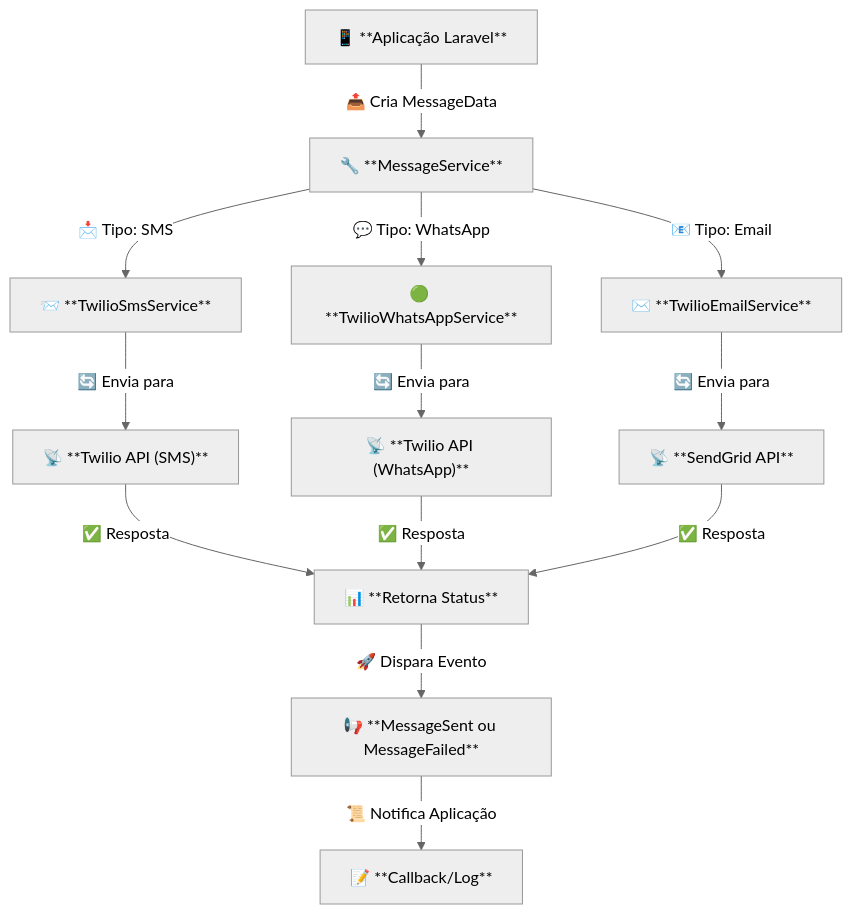
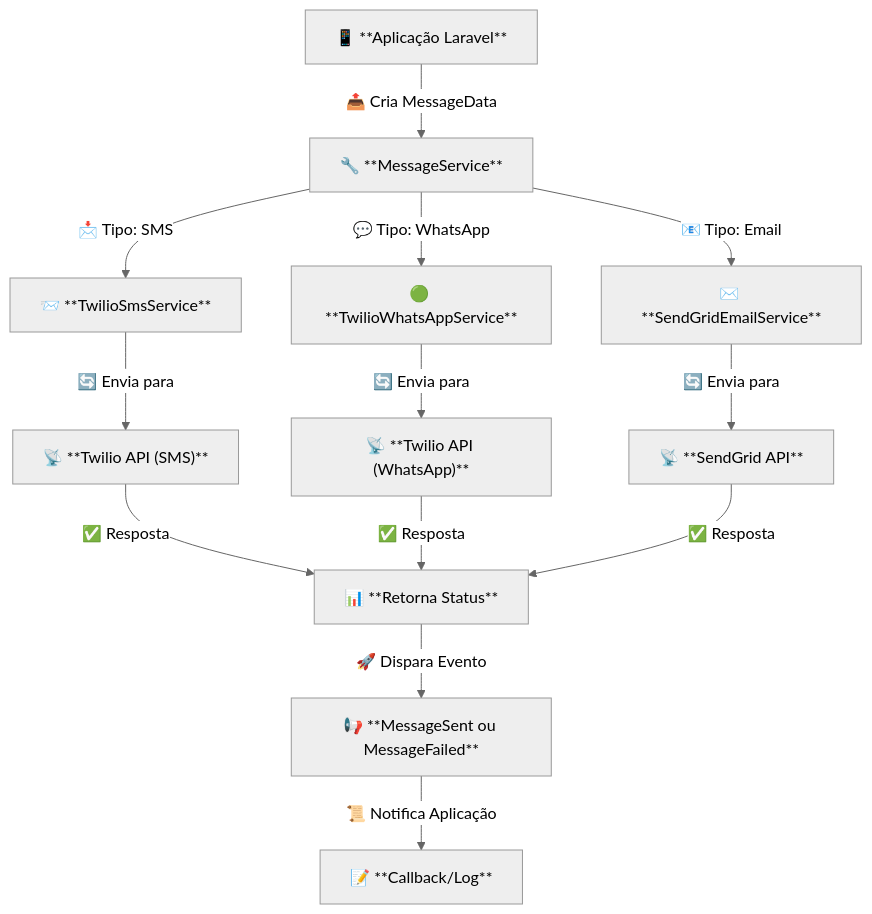
The diagram in README.md (Inovanti-Bank/inovanti-messaging), drawn with Mermaid (neutral theme) before and after one commit. The commit also changed other lines of this file, not shown here.

Commit message:
docs: atualizada a documentação para refletir a mudança de TwilioEmailService para SendGridEmailService

````diff
--- a/README.md
+++ b/README.md
@@ -9,20 +9,20 @@
 ```mermaid
 graph TD;
     A["📱 **Aplicação Laravel**"] -->|"📤 Cria MessageData"| B["🔧 **MessageService**"]
-    
+
     B -->|"📩 Tipo: SMS"| C["📨 **TwilioSmsService**"]
     B -->|"💬 Tipo: WhatsApp"| D["🟢 **TwilioWhatsAppService**"]
-    B -->|"📧 Tipo: Email"| E[✉️ **TwilioEmailService**]
+    B -->|"📧 Tipo: Email"| E[✉️ **SendGridEmailService**]
 
     C -->|"🔄 Envia para"| F["📡 **Twilio API (SMS)**"]
     D -->|"🔄 Envia para"| G["📡 **Twilio API (WhatsApp)**"]
     E -->|"🔄 Envia para"| H["📡 **SendGrid API**"]
 
     F -->|"✅ Resposta"| I["📊 **Retorna Status**"]
     G -->|"✅ Resposta"| I["📊 **Retorna Status**"]
     H -->|"✅ Resposta"| I["📊 **Retorna Status**"]
-    
+
     I -->|"🚀 Dispara Evento"| J["📢 **MessageSent ou MessageFailed**"]
-    
+
     J -->|"📜 Notifica Aplicação"| K["📝 **Callback/Log**"]
 ```
````
